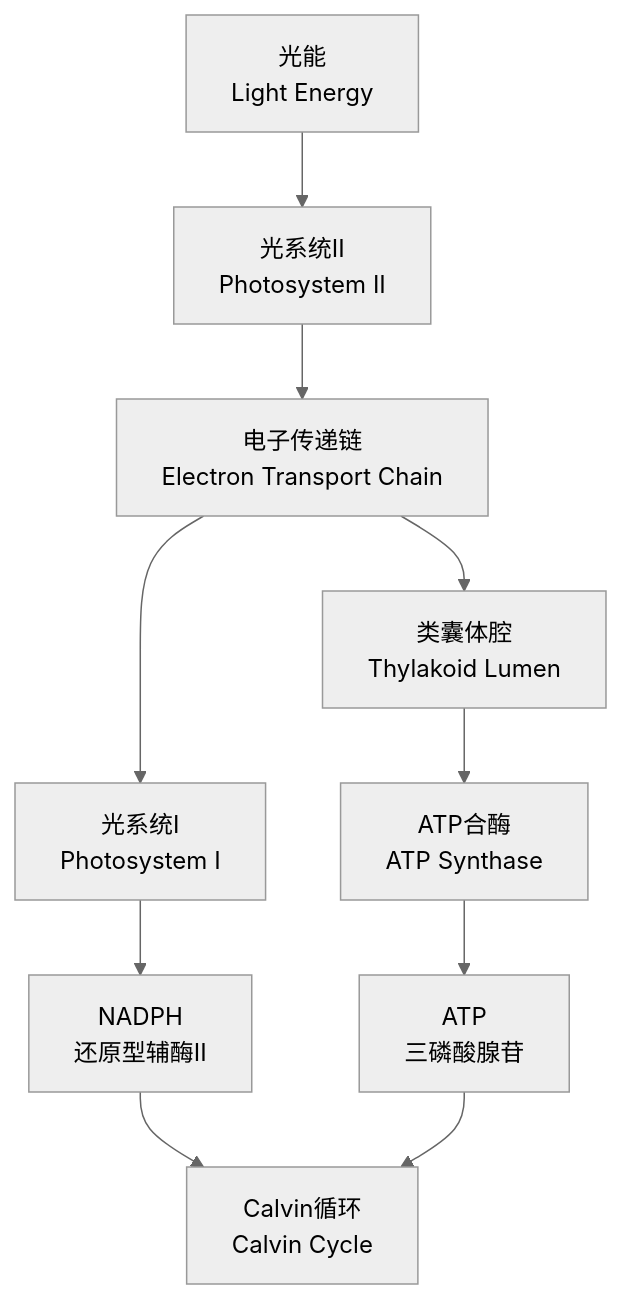
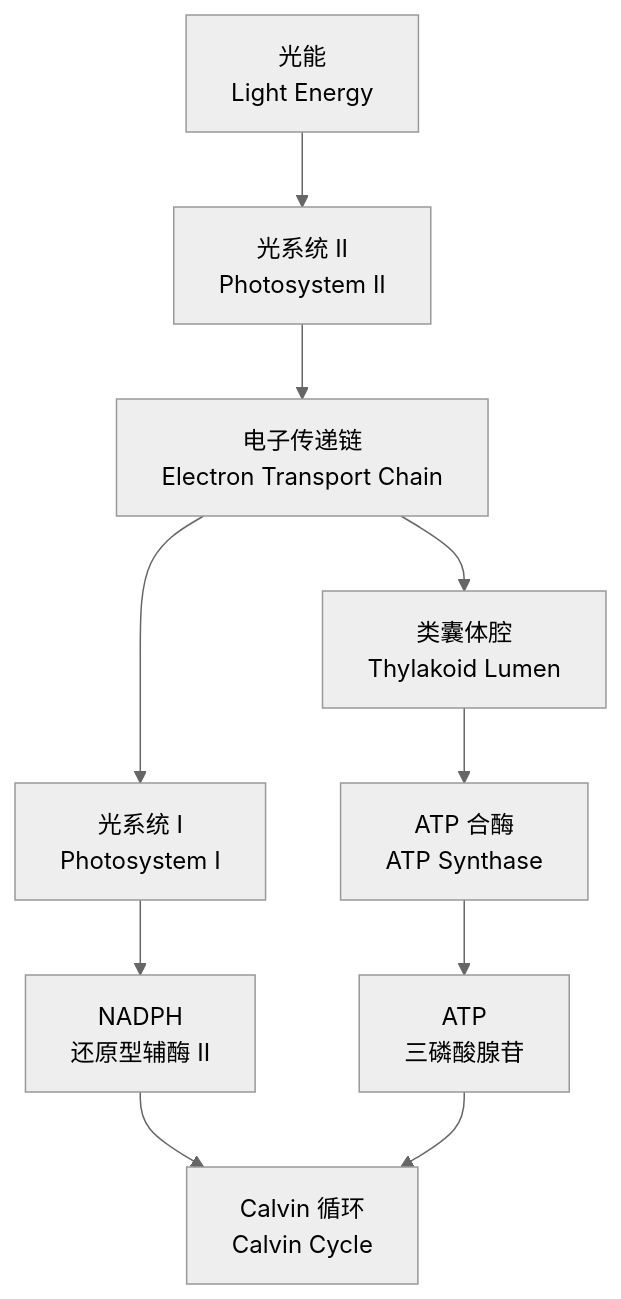
One commit to Tianshang301/TianshangKnowledgeBase changed the first of 3 diagrams in 02_NaturalSciences/Biology/Botany/光合作用与繁殖.md. Above: the diagram before and after it, drawn with Mermaid (neutral theme). The commit also changed other lines of this file and 2257 other files, not shown here.

````diff
--- a/02_NaturalSciences/Biology/Botany/光合作用与繁殖.md
+++ b/02_NaturalSciences/Biology/Botany/光合作用与繁殖.md
@@ -18,12 +18,12 @@
 ```mermaid
 flowchart TD
-    A["光能<br/>Light Energy"] --> B["光系统II<br/>Photosystem II"]
+    A["光能<br/>Light Energy"] --> B["光系统 II<br/>Photosystem II"]
     B --> C["电子传递链<br/>Electron Transport Chain"]
-    C --> D["光系统I<br/>Photosystem I"]
-    D --> E["NADPH<br/>还原型辅酶II"]
+    C --> D["光系统 I<br/>Photosystem I"]
+    D --> E["NADPH<br/>还原型辅酶 II"]
     C --> F["类囊体腔<br/>Thylakoid Lumen"]
-    F --> G["ATP合酶<br/>ATP Synthase"]
+    F --> G["ATP 合酶<br/>ATP Synthase"]
     G --> H["ATP<br/>三磷酸腺苷"]
-    E --> I["Calvin循环<br/>Calvin Cycle"]
+    E --> I["Calvin 循环<br/>Calvin Cycle"]
     H --> I
 ```
````
